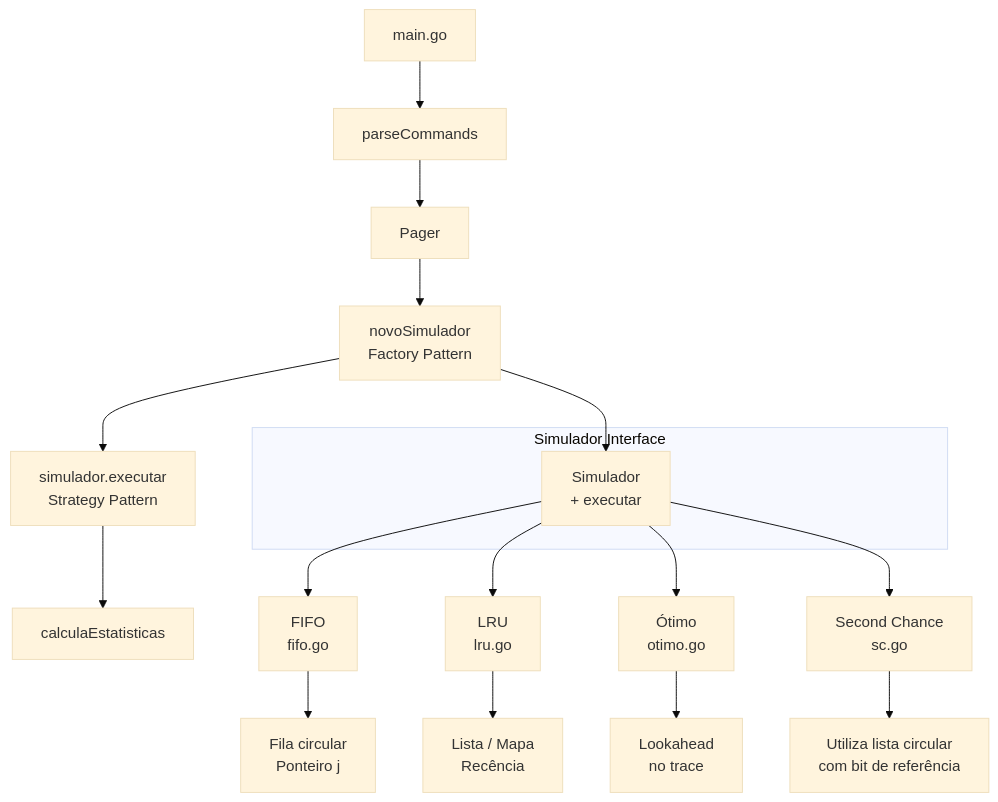
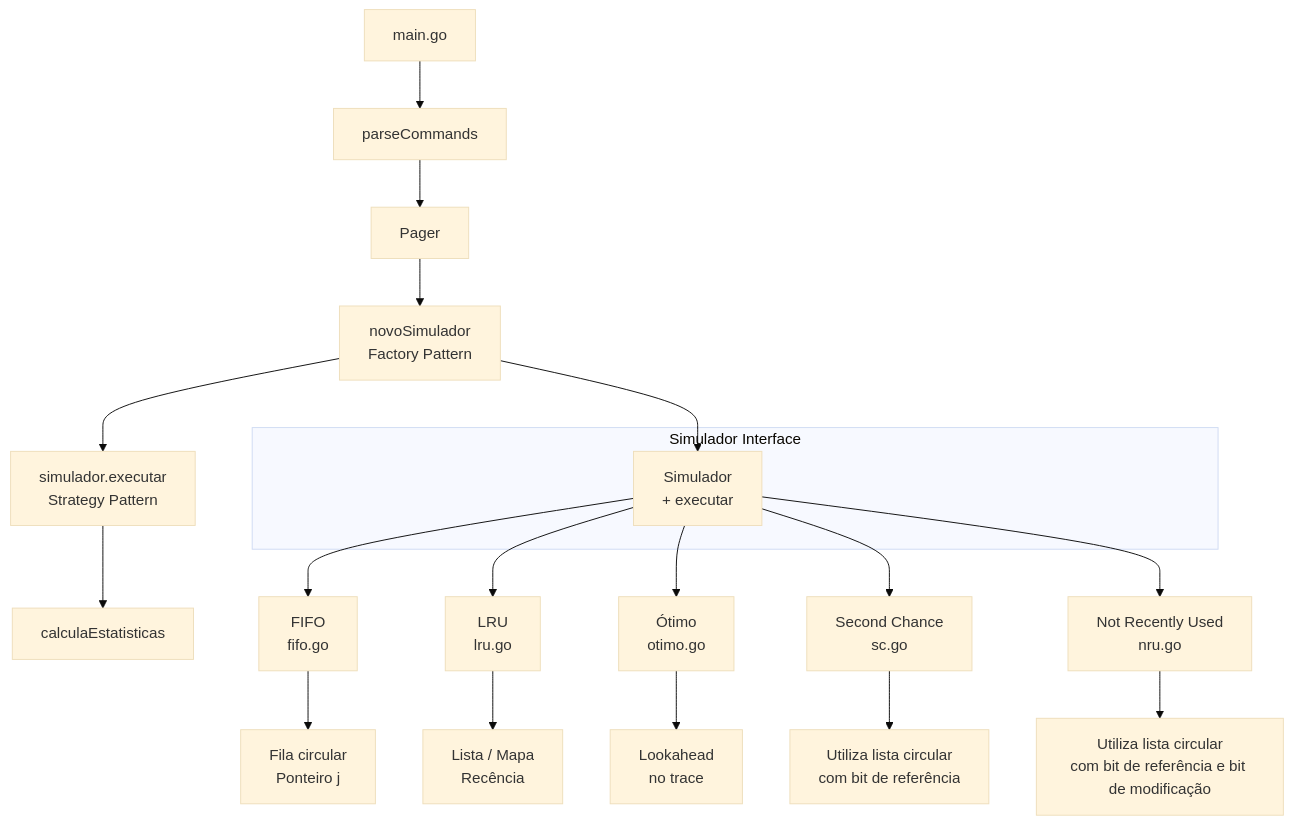
Before and after one commit to gcirineu18/Sistemas_operacionais: the diagram in trabalho_4/README.md, drawn with Mermaid (base theme). The commit also changed 3 other files, not shown here.

````diff
--- a/trabalho_4/README.md
+++ b/trabalho_4/README.md
@@ -105,27 +105,29 @@
 ```mermaid
 flowchart TB
     main[main.go]
 
     main --> parse[parseCommands]
     parse --> pager[Pager]
     pager --> factory[novoSimulador<br/>Factory Pattern]
     factory --> exec[simulador.executar<br/>Strategy Pattern]
     exec --> stats[calculaEstatisticas]
 
     subgraph Simulador Interface
         I[Simulador<br/>+ executar]
     end
 
     factory --> I
 
     I --> FIFO[FIFO<br/>fifo.go]
     I --> LRU[LRU<br/>lru.go]
     I --> OPT[Ótimo<br/>otimo.go]
     I --> SC[Second Chance<br/>sc.go]
+    I --> NRU[Not Recently Used<br/>nru.go]
 
     FIFO --> fifo_desc[Fila circular<br/>Ponteiro j]
     LRU --> lru_desc[Lista / Mapa<br/>Recência]
     OPT --> opt_desc[Lookahead<br/>no trace]
     SC --> sc_desc[Utiliza lista circular<br/>com bit de referência]
+    NRU --> nru_desc[Utiliza lista circular<br/>com bit de referência e bit de modificação]
 
 ```
````
